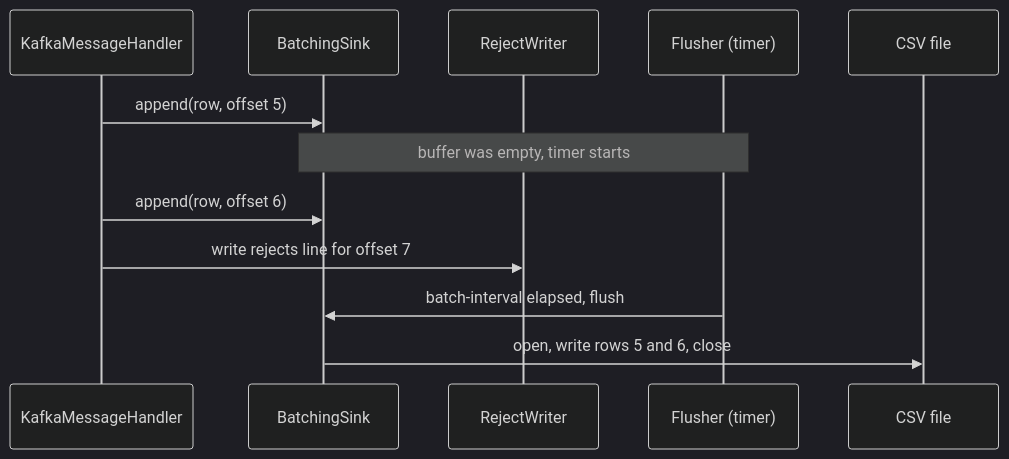
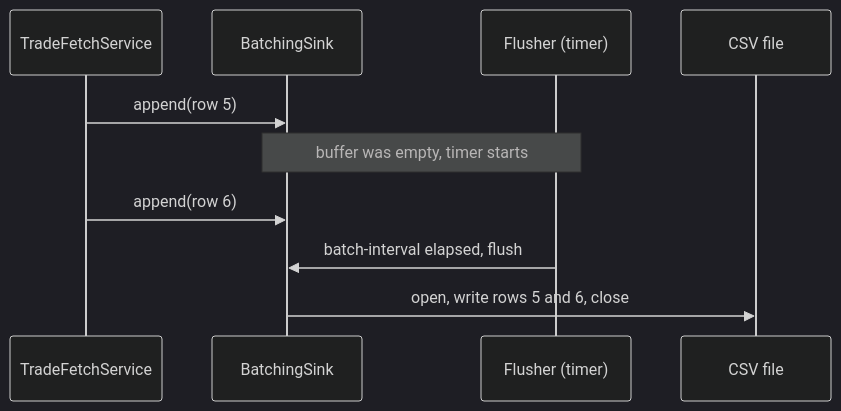
One commit to shanregs/msg-transformer changed diagram 11 of 13 in docs/c4-architecture.md. Above: the diagram before and after it, drawn with Mermaid (dark theme). The commit also changed other lines of this file and 72 other files, not shown here.

````diff
--- a/docs/c4-architecture.md
+++ b/docs/c4-architecture.md
@@ -367,15 +395,13 @@
 ```mermaid
 sequenceDiagram
-    participant R as KafkaMessageHandler
-    participant S as BatchingSink
-    participant J as RejectWriter
+    participant S as TradeFetchService
+    participant K as BatchingSink
     participant X as Flusher (timer)
     participant F as CSV file
 
-    R->>S: append(row, offset 5)
-    Note over S,X: buffer was empty, timer starts
-    R->>S: append(row, offset 6)
-    R->>J: write rejects line for offset 7
-    X->>S: batch-interval elapsed, flush
-    S->>F: open, write rows 5 and 6, close
+    S->>K: append(row 5)
+    Note over K,X: buffer was empty, timer starts
+    S->>K: append(row 6)
+    X->>K: batch-interval elapsed, flush
+    K->>F: open, write rows 5 and 6, close
 ```
````
